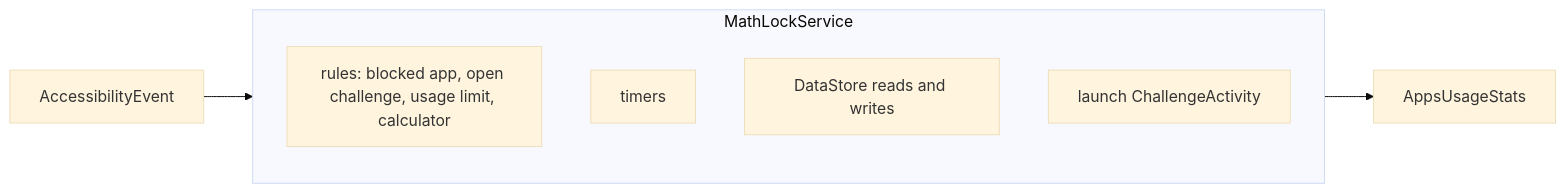
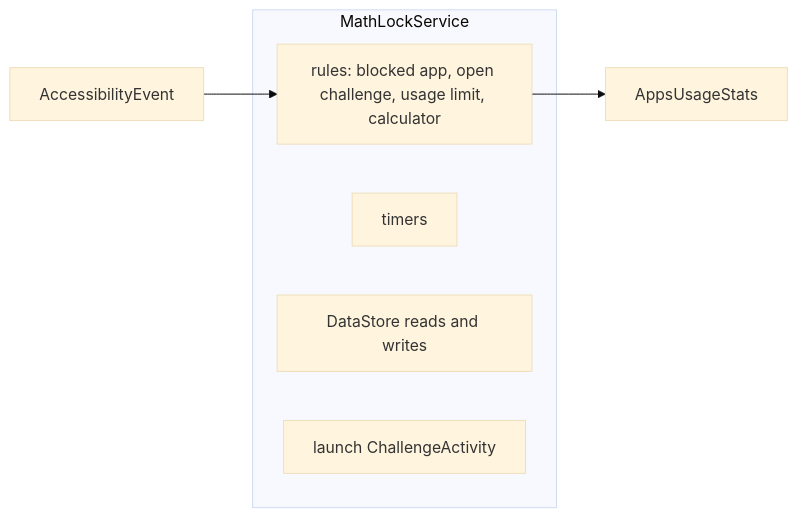
The second of 4 diagrams in ARCHITECTURE.md (msbelaid/PlugBrain), drawn with Mermaid (base theme) before and after one commit. The commit also changed other lines of this file, not shown here.

First line of the commit message:
Simplify the ARCHITECTURE.md diagrams for GitHub's Mermaid renderer

````diff
--- a/ARCHITECTURE.md
+++ b/ARCHITECTURE.md
@@ -38,11 +42,11 @@
 ```mermaid
 flowchart LR
-  E[AccessibilityEvent] --> S
-  subgraph S[MathLockService]
+  E[AccessibilityEvent] --> R
+  subgraph S [MathLockService]
     R[rules: blocked app, open challenge, usage limit, calculator]
     T[timers]
     D[DataStore reads and writes]
     L[launch ChallengeActivity]
   end
-  S --> U[AppsUsageStats]
+  R --> U[AppsUsageStats]
 ```
````
